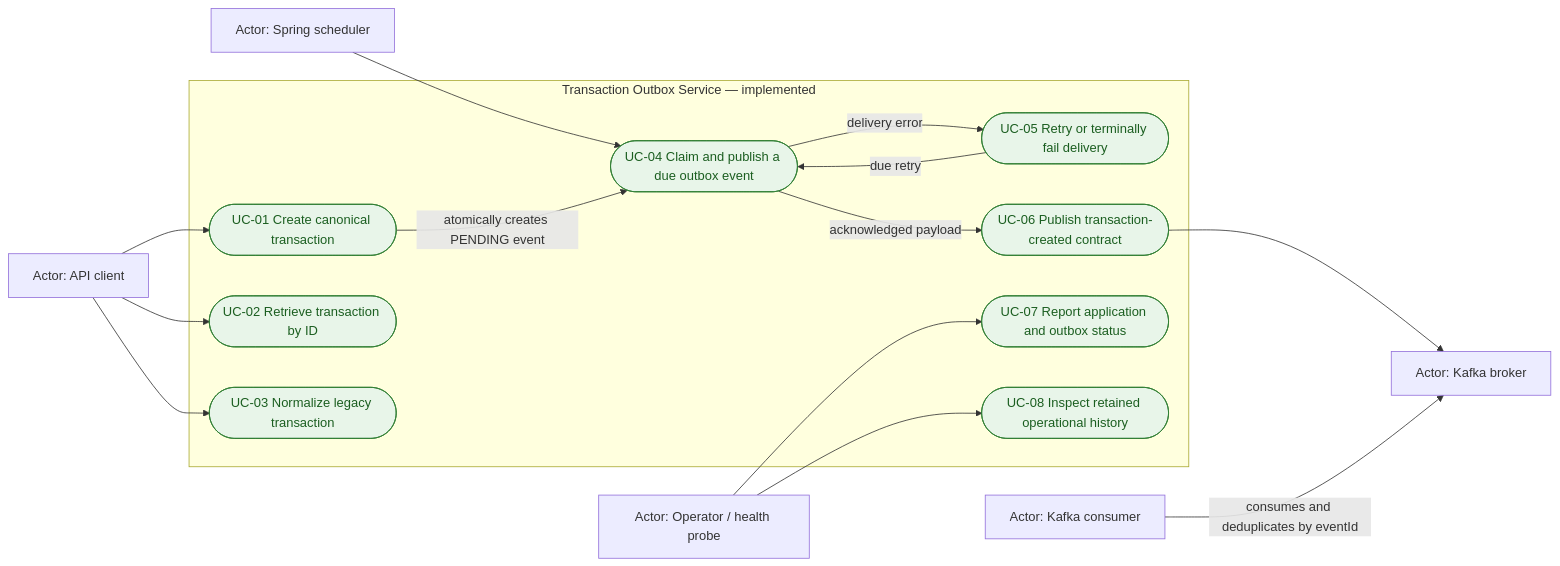
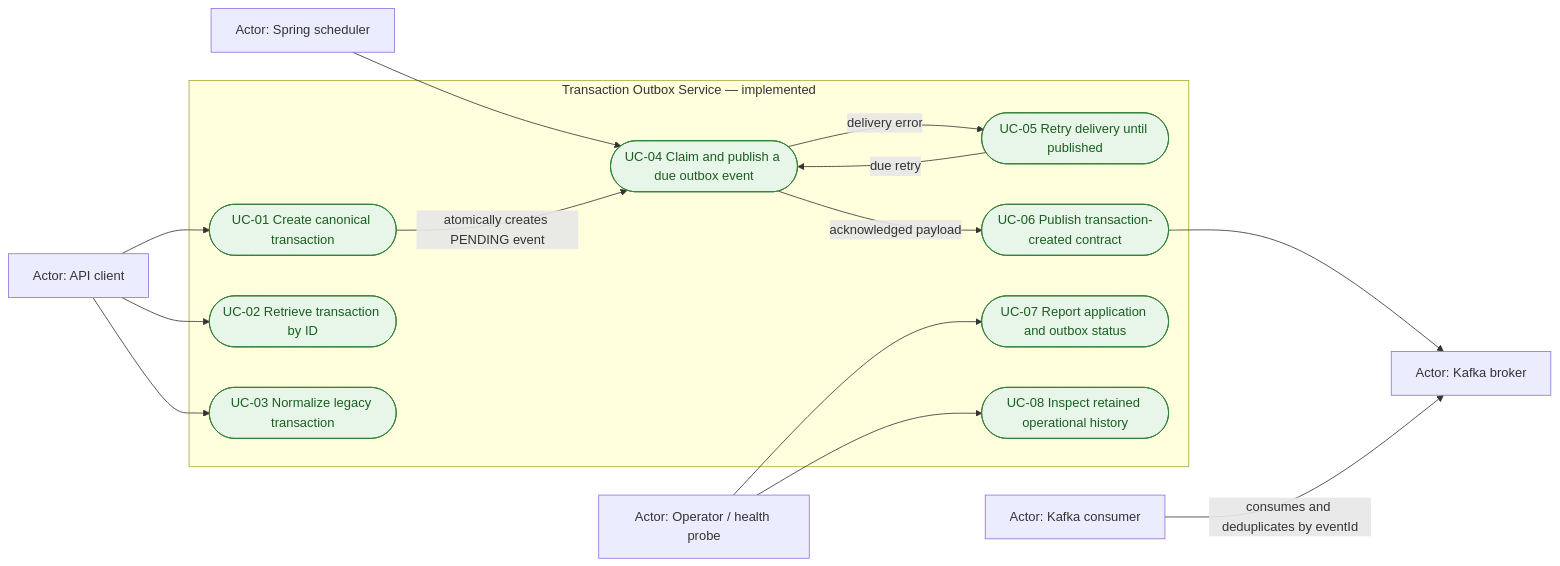
One commit to tarunngusain08/transaction-outbox-service changed the first of 3 diagrams in docs/use-cases.md. Above: the diagram before and after it, drawn with Mermaid. The commit also changed other lines of this file and 25 other files, not shown here.

````diff
--- a/docs/use-cases.md
+++ b/docs/use-cases.md
@@ -17,35 +17,35 @@
 ```mermaid
 flowchart LR
     apiClient["Actor: API client"]
     scheduler["Actor: Spring scheduler"]
     operator["Actor: Operator / health probe"]
     kafkaBroker["Actor: Kafka broker"]
     kafkaConsumer["Actor: Kafka consumer"]
 
     subgraph service["Transaction Outbox Service — implemented"]
         uc01(["UC-01 Create canonical transaction"])
         uc02(["UC-02 Retrieve transaction by ID"])
         uc03(["UC-03 Normalize legacy transaction"])
         uc04(["UC-04 Claim and publish a due outbox event"])
-        uc05(["UC-05 Retry or terminally fail delivery"])
+        uc05(["UC-05 Retry delivery until published"])
         uc06(["UC-06 Publish transaction-created contract"])
         uc07(["UC-07 Report application and outbox status"])
         uc08(["UC-08 Inspect retained operational history"])
     end
 
     apiClient --> uc01
     apiClient --> uc02
     apiClient --> uc03
     scheduler --> uc04
     uc01 -->|atomically creates PENDING event| uc04
     uc04 -->|delivery error| uc05
     uc05 -->|due retry| uc04
     uc04 -->|acknowledged payload| uc06
     uc06 --> kafkaBroker
     kafkaConsumer -->|consumes and deduplicates by eventId| kafkaBroker
     operator --> uc07
     operator --> uc08
 
     classDef implemented fill:#e8f5e9,stroke:#2e7d32,color:#1b5e20;
     class uc01,uc02,uc03,uc04,uc05,uc06,uc07,uc08 implemented;
 ```
````
